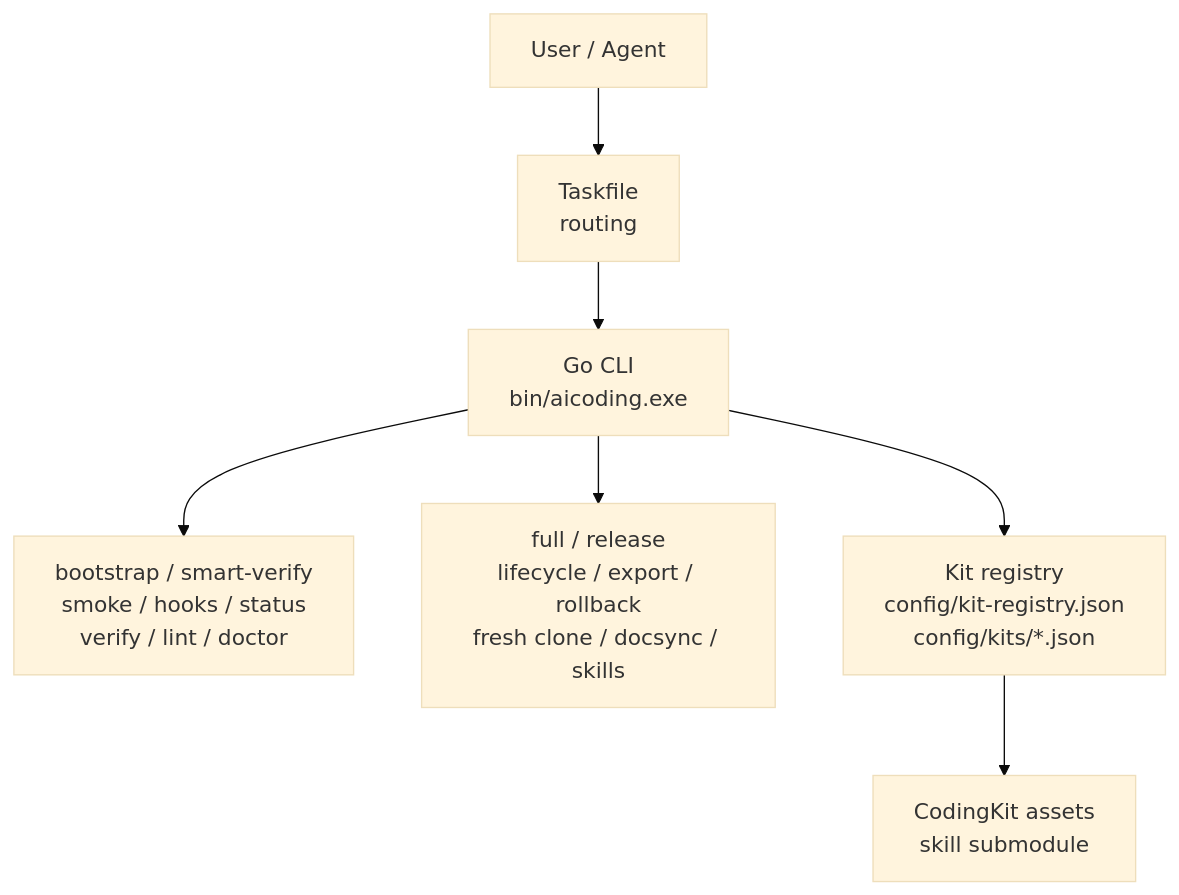
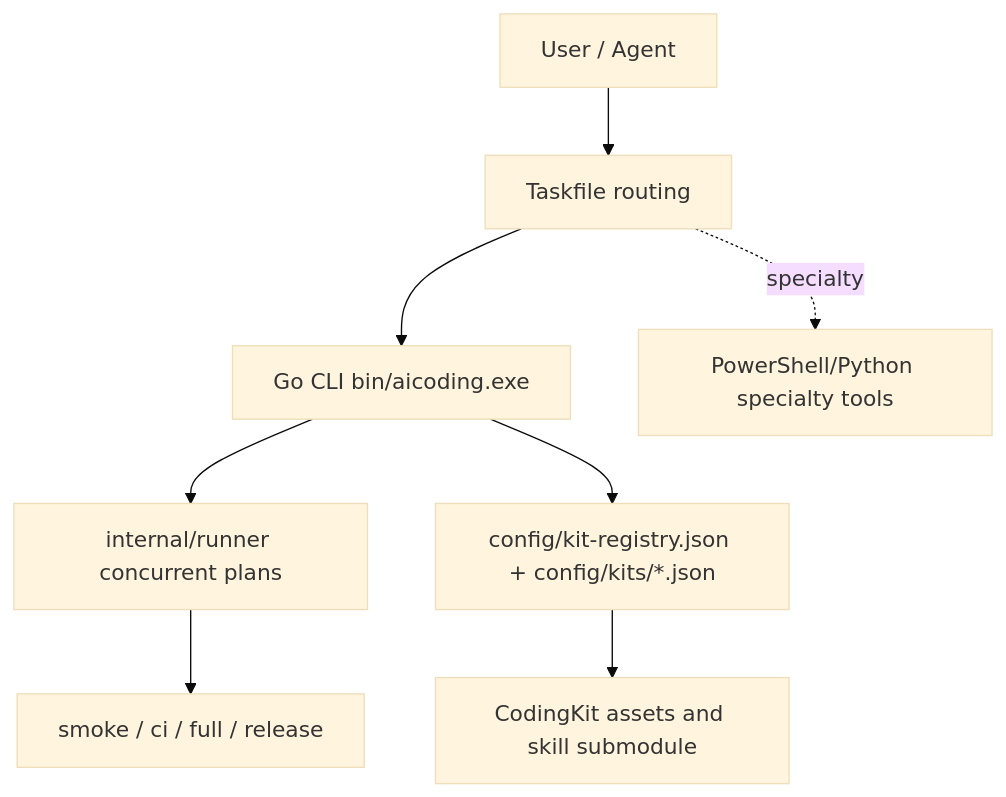
One commit to JiaxI2/AiCoding changed the diagram in README.md. Above: the diagram before and after it, drawn with Mermaid (base theme). The commit also changed other lines of this file and 82 other files, not shown here.

````diff
--- a/README.md
+++ b/README.md
@@ -56,9 +59,10 @@
 ```mermaid
 flowchart TD
-  User["User / Agent"] --> Taskfile["Taskfile<br/>routing"]
-  Taskfile --> GoCLI["Go CLI<br/>bin/aicoding.exe"]
-  GoCLI --> FastChecks["bootstrap / smart-verify<br/>smoke / hooks / status<br/>verify / lint / doctor"]
-  GoCLI --> Full["full / release<br/>lifecycle / export / rollback<br/>fresh clone / docsync / skills"]
-  GoCLI --> Registry["Kit registry<br/>config/kit-registry.json<br/>config/kits/*.json"]
-  Registry --> CodingKit["CodingKit assets<br/>skill submodule"]
+  User["User / Agent"] --> Taskfile["Taskfile routing"]
+  Taskfile --> GoCLI["Go CLI bin/aicoding.exe"]
+  GoCLI --> Runner["internal/runner concurrent plans"]
+  Runner --> Gates["smoke / ci / full / release"]
+  GoCLI --> Registry["config/kit-registry.json + config/kits/*.json"]
+  Registry --> CodingKit["CodingKit assets and skill submodule"]
+  Taskfile -. specialty .-> Scripts["PowerShell/Python specialty tools"]
 ```
````
